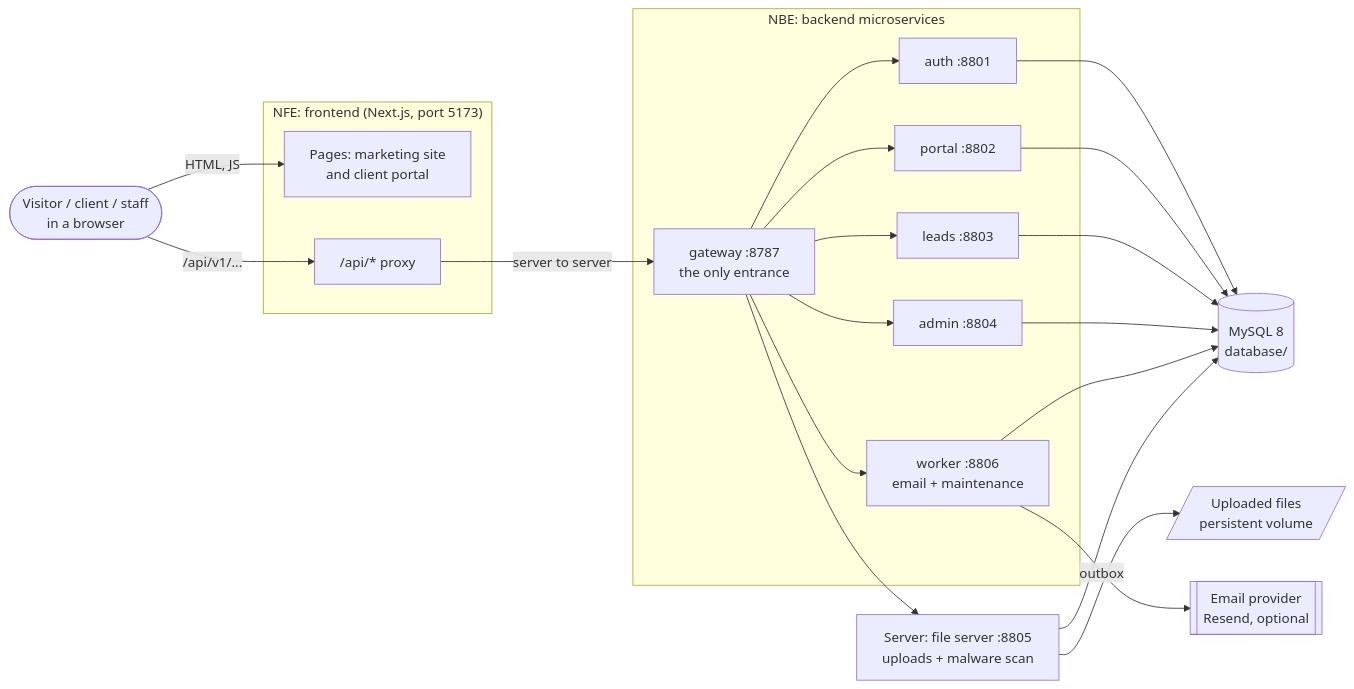
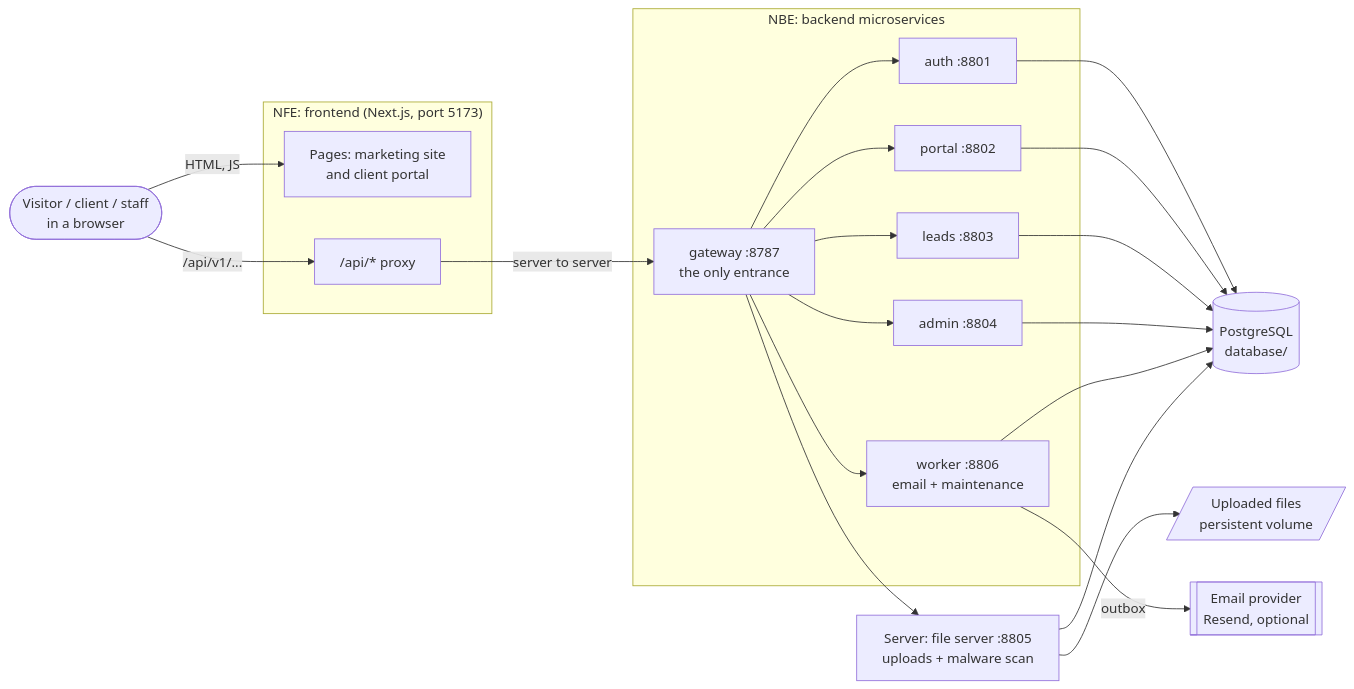
One commit to Neuravic-co/Neuravic changed the first of 6 diagrams in docs/01-Architecture.md. Above: the diagram before and after it, drawn with Mermaid. The commit also changed other lines of this file and 54 other files, not shown here.

````diff
--- a/docs/01-Architecture.md
+++ b/docs/01-Architecture.md
@@ -10,28 +10,28 @@
 ```mermaid
 flowchart LR
     V([Visitor / client / staff<br/>in a browser])
     subgraph FE["NFE: frontend (Next.js, port 5173)"]
         P[Pages: marketing site<br/>and client portal]
         PX["/api/* proxy"]
     end
     subgraph NBE["NBE: backend microservices"]
         GW[gateway :8787<br/>the only entrance]
         AU[auth :8801]
         PO[portal :8802]
         LE[leads :8803]
         AD[admin :8804]
         WK[worker :8806<br/>email + maintenance]
     end
     SV["Server: file server :8805<br/>uploads + malware scan"]
-    DB[(MySQL 8<br/>database/)]
+    DB[(PostgreSQL<br/>database/)]
     FS[/Uploaded files<br/>persistent volume/]
     MAIL[[Email provider<br/>Resend, optional]]
 
     V -->|HTML, JS| P
     V -->|/api/v1/...| PX
     PX -->|server to server| GW
     GW --> AU & PO & LE & AD & SV & WK
     AU & PO & LE & AD & WK & SV --> DB
     SV --> FS
     WK -->|outbox| MAIL
 ```
````
